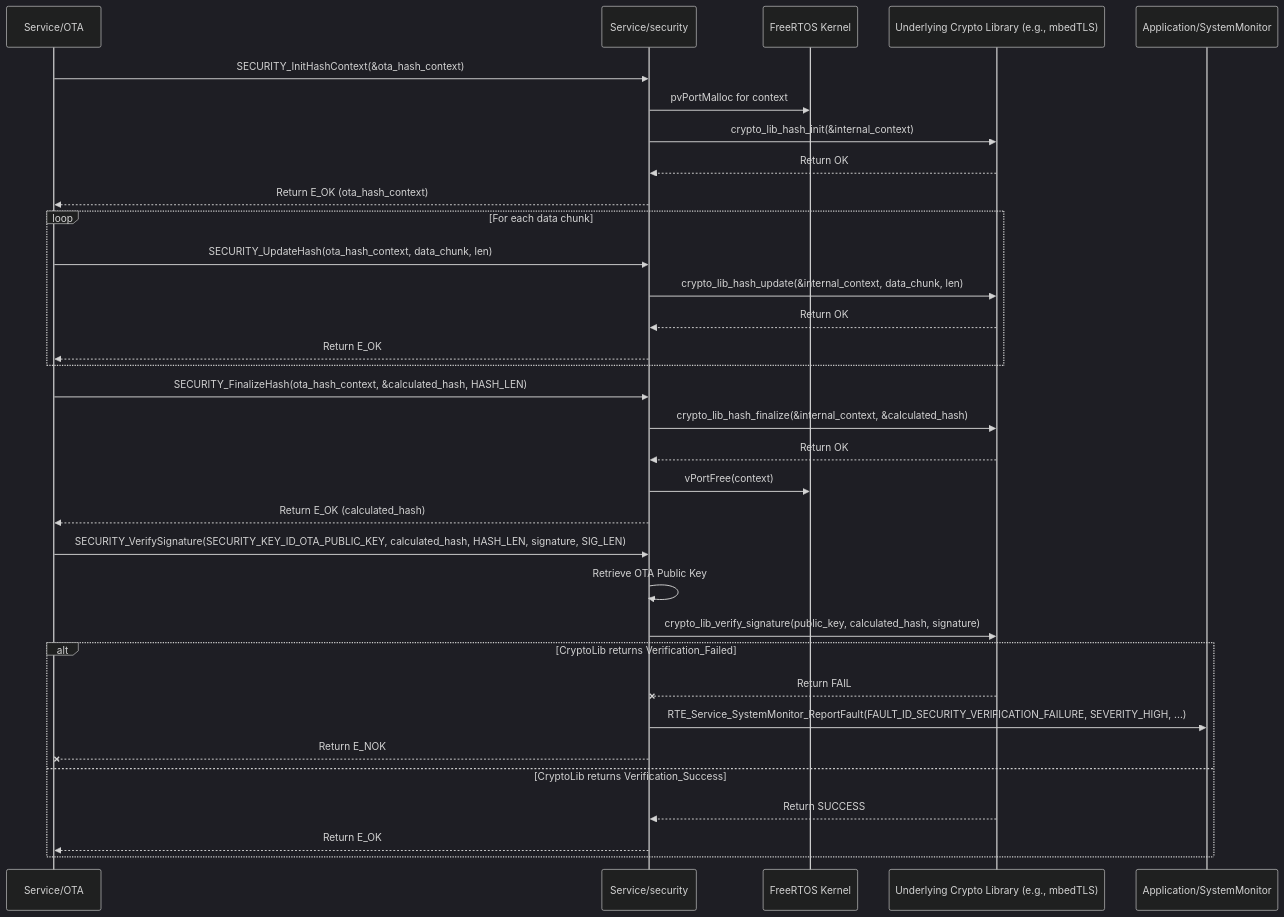
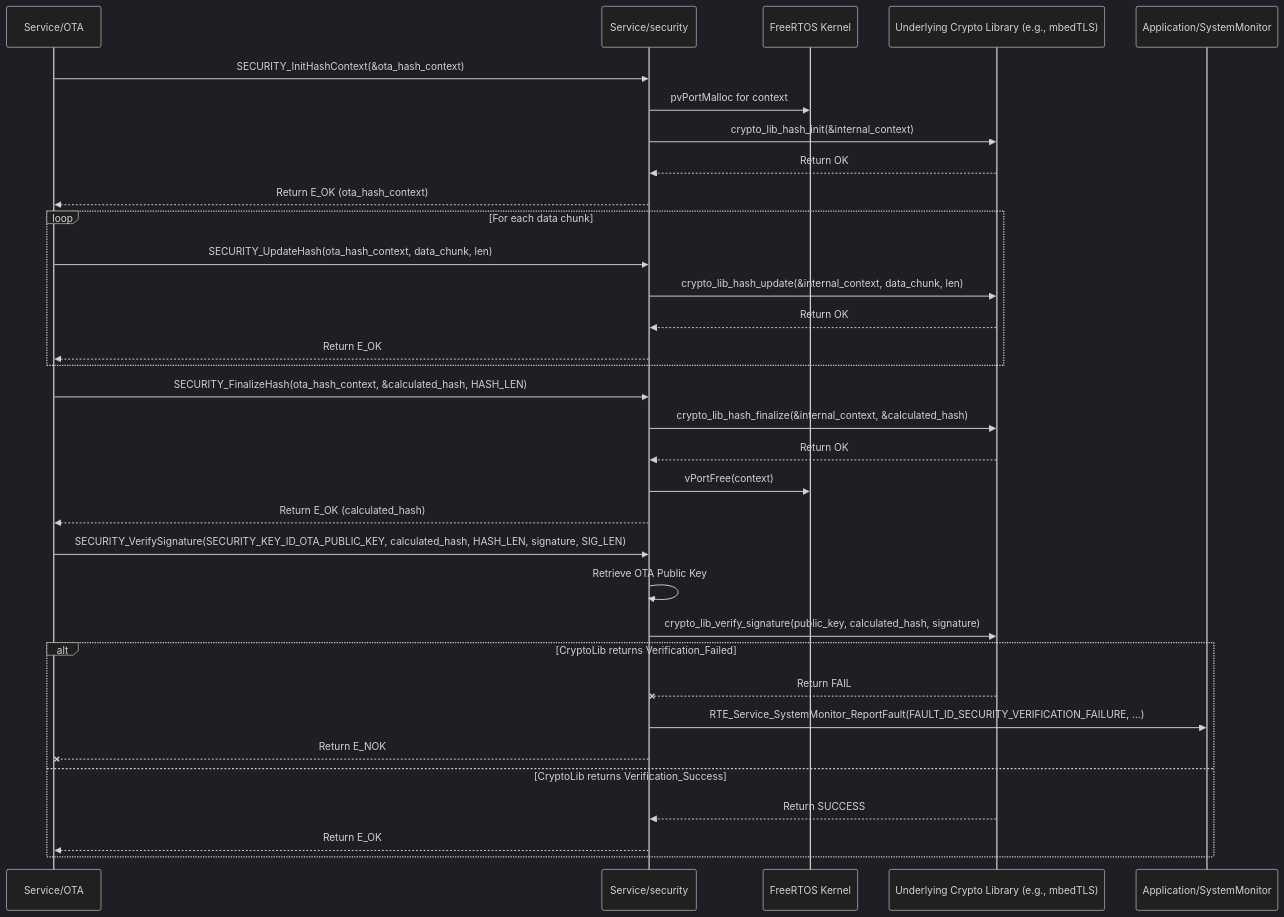
The diagram in Requiremets/Design/Service/Security.md (ashaker-2/Platform), drawn with Mermaid (dark theme) before and after one commit. The commit also changed other lines of this file and 79 other files, not shown here.

````diff
--- a/Requiremets/Design/Service/Security.md
+++ b/Requiremets/Design/Service/Security.md
@@ -218,39 +221,39 @@
 ```mermaid
 sequenceDiagram  
     participant OTA as Service/OTA  
     participant Security as Service/security  
     participant FreeRTOS as FreeRTOS Kernel  
     participant CryptoLib as Underlying Crypto Library (e.g., mbedTLS)  
     participant SystemMonitor as Application/SystemMonitor
 
     OTA->>Security: SECURITY_InitHashContext(&ota_hash_context)  
     Security->>FreeRTOS: pvPortMalloc for context  
     Security->>CryptoLib: crypto_lib_hash_init(&internal_context)  
     CryptoLib-->>Security: Return OK  
     Security-->>OTA: Return E_OK (ota_hash_context)
 
     loop For each data chunk  
         OTA->>Security: SECURITY_UpdateHash(ota_hash_context, data_chunk, len)  
         Security->>CryptoLib: crypto_lib_hash_update(&internal_context, data_chunk, len)  
         CryptoLib-->>Security: Return OK  
         Security-->>OTA: Return E_OK  
     end
 
     OTA->>Security: SECURITY_FinalizeHash(ota_hash_context, &calculated_hash, HASH_LEN)  
     Security->>CryptoLib: crypto_lib_hash_finalize(&internal_context, &calculated_hash)  
     CryptoLib-->>Security: Return OK  
     Security->>FreeRTOS: vPortFree(context)  
     Security-->>OTA: Return E_OK (calculated_hash)
 
     OTA->>Security: SECURITY_VerifySignature(SECURITY_KEY_ID_OTA_PUBLIC_KEY, calculated_hash, HASH_LEN, signature, SIG_LEN)  
     Security->>Security: Retrieve OTA Public Key  
     Security->>CryptoLib: crypto_lib_verify_signature(public_key, calculated_hash, signature)  
     alt CryptoLib returns Verification_Failed  
         CryptoLib--xSecurity: Return FAIL  
-        Security->>SystemMonitor: RTE_Service_SystemMonitor_ReportFault(FAULT_ID_SECURITY_VERIFICATION_FAILURE, SEVERITY_HIGH, ...)  
+        Security->>SystemMonitor: RTE_Service_SystemMonitor_ReportFault(FAULT_ID_SECURITY_VERIFICATION_FAILURE,  ...)  
         Security--xOTA: Return E_NOK  
     else CryptoLib returns Verification_Success  
         CryptoLib-->>Security: Return SUCCESS  
         Security-->>OTA: Return E_OK  
     end
 ```
````
